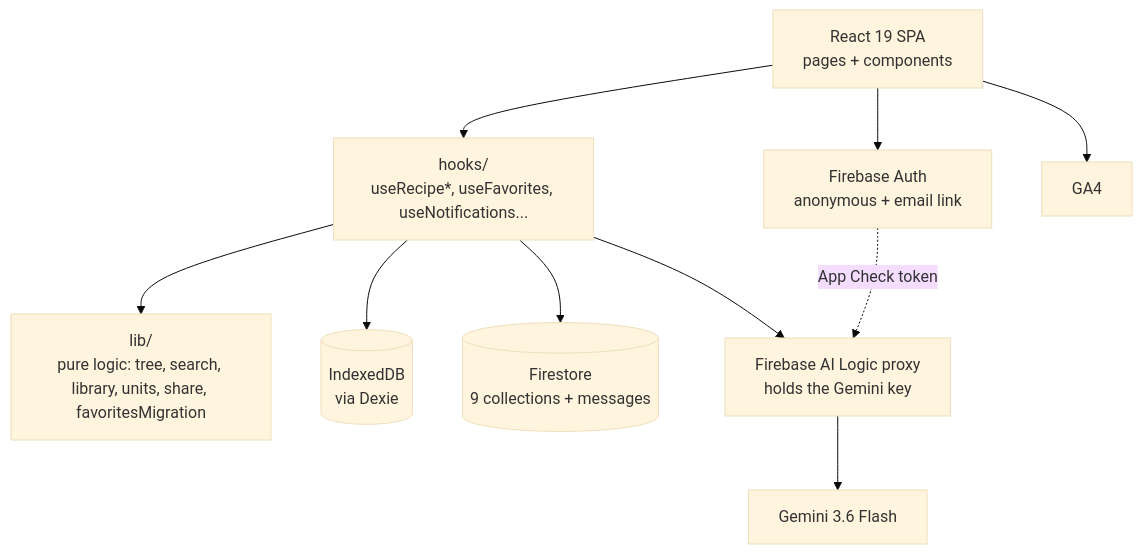
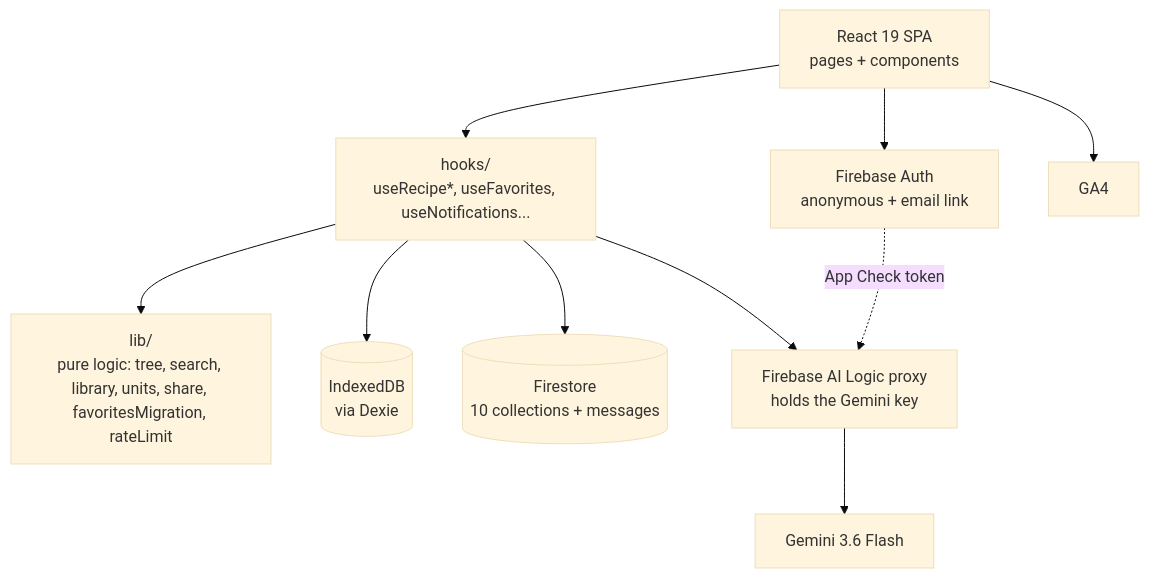
The diagram in docs/architecture.md (hpeppitt/recipe-app), drawn with Mermaid (base theme) before and after one commit. The commit also changed other lines of this file and 19 other files, not shown here.

First line of the commit message:
RL-048: Suggestions and replies are rate-limited per user in the rules, and the client says so when a limit is hit

````diff
--- a/docs/architecture.md
+++ b/docs/architecture.md
@@ -12,22 +12,22 @@
 ```mermaid
 flowchart TD
     UI[React 19 SPA<br/>pages + components]
     Hooks[hooks/<br/>useRecipe*, useFavorites, useNotifications...]
-    Lib[lib/<br/>pure logic: tree, search, library, units, share, favoritesMigration]
+    Lib[lib/<br/>pure logic: tree, search, library, units, share, favoritesMigration, rateLimit]
     Dexie[(IndexedDB<br/>via Dexie)]
-    FS[(Firestore<br/>9 collections + messages)]
+    FS[(Firestore<br/>10 collections + messages)]
     Auth[Firebase Auth<br/>anonymous + email link]
     AILogic[Firebase AI Logic proxy<br/>holds the Gemini key]
     Gemini[Gemini 3.6 Flash]
     GA[GA4]
 
     UI --> Hooks
     Hooks --> Lib
     Hooks --> Dexie
     Hooks --> FS
     Hooks --> AILogic
     UI --> Auth
     AILogic --> Gemini
     UI --> GA
     Auth -. App Check token .-> AILogic
 ```
````
